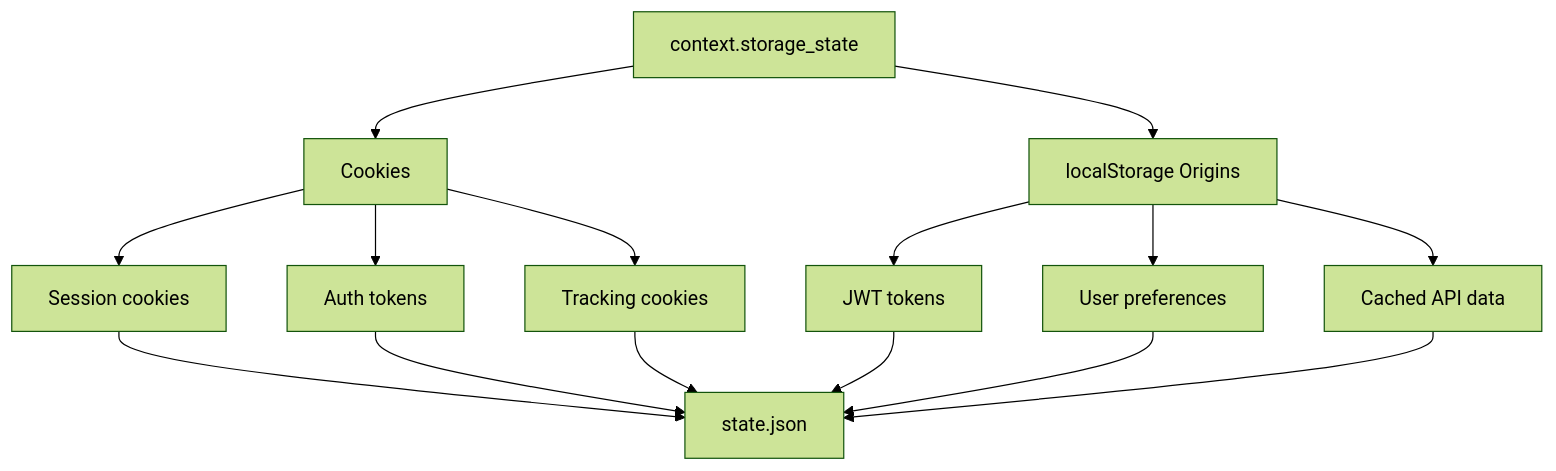
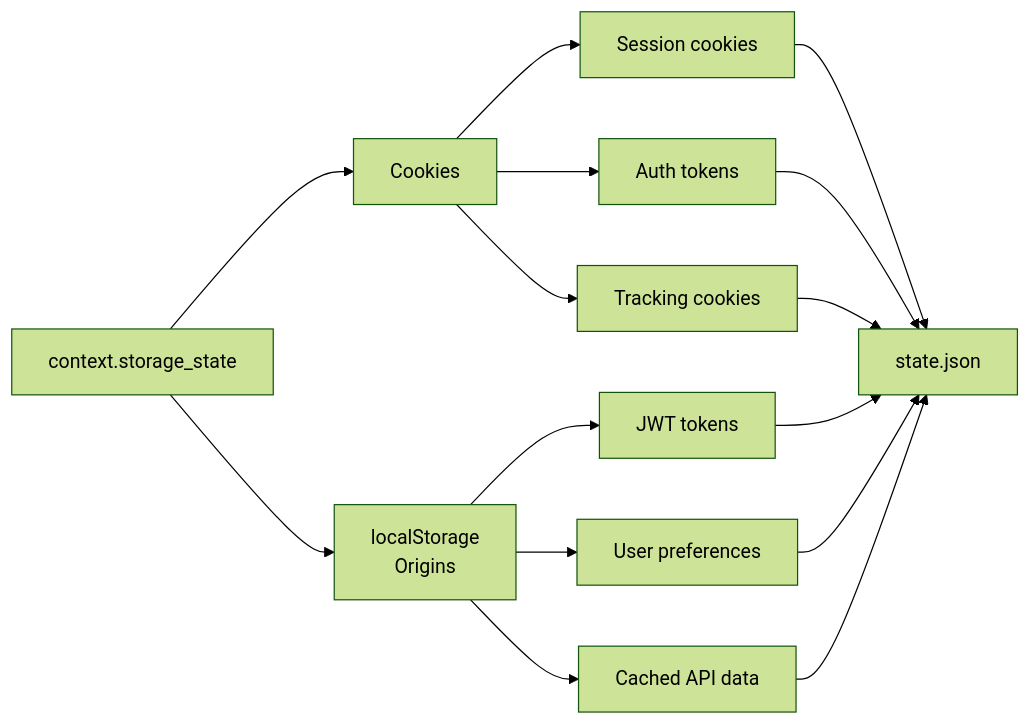
One commit to bytetunnels/bytetunnels.github.com changed the second of 4 diagrams in _posts/2026-02-23-playwright-cookie-management-http-level-scraping.md. Above: the diagram before and after it, drawn with Mermaid (forest theme). The commit also changed other lines of this file and 118 other files, not shown here.

Commit message:
feat: improve diagram styling and compact wide flowcharts

````diff
--- a/_posts/2026-02-23-playwright-cookie-management-http-level-scraping.md
+++ b/_posts/2026-02-23-playwright-cookie-management-http-level-scraping.md
@@ -225,17 +225,17 @@
 ```mermaid
-flowchart TD
+flowchart LR
     A[context.storage_state] --> B[Cookies]
-    A --> C[localStorage Origins]
+    A --> C["localStorage<br/>Origins"]
     B --> D[Session cookies]
     B --> E[Auth tokens]
     B --> F[Tracking cookies]
     C --> G[JWT tokens]
     C --> H[User preferences]
     C --> I[Cached API data]
     D --> J[state.json]
     E --> J
     F --> J
     G --> J
     H --> J
     I --> J
 ```
````
